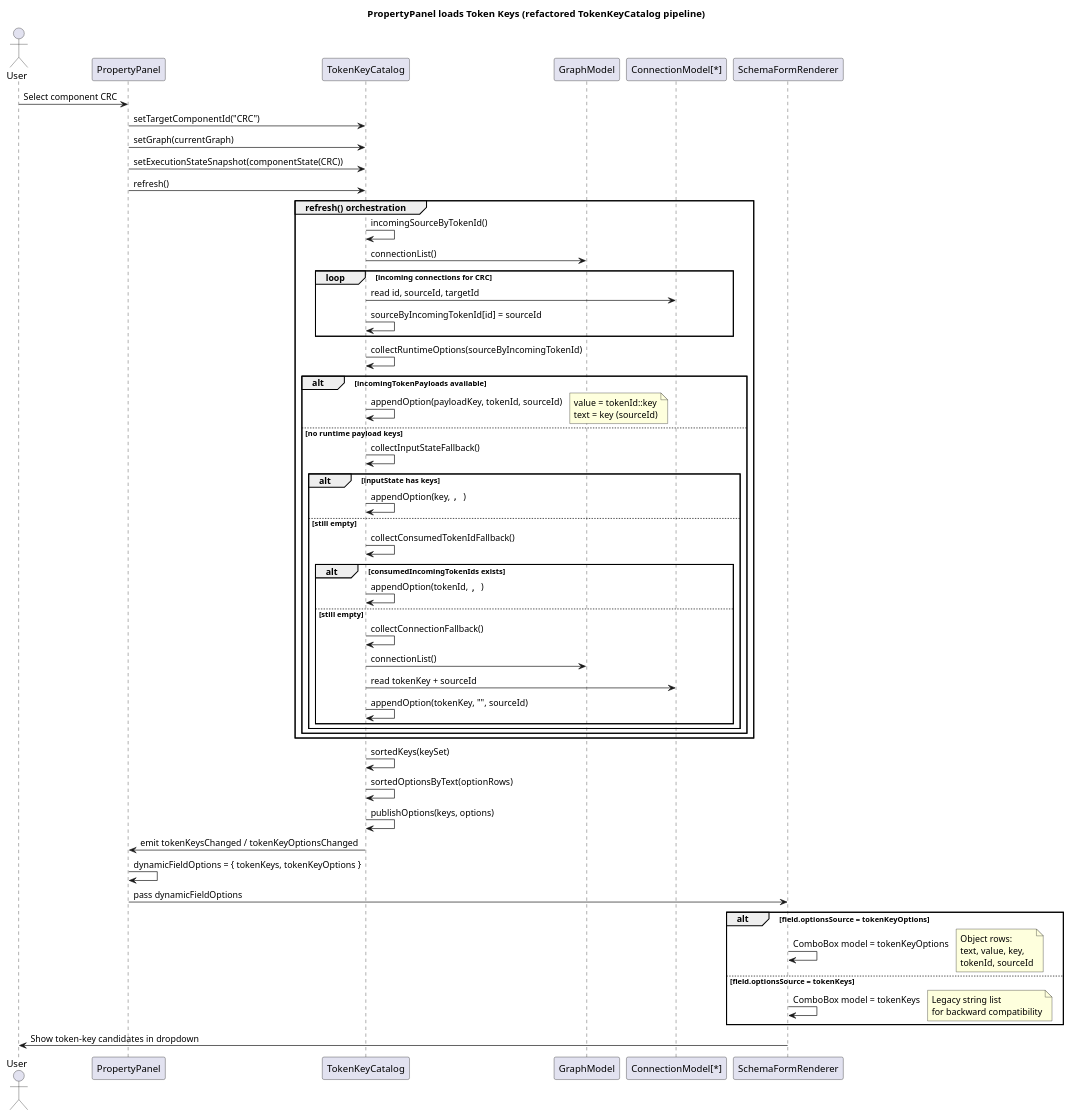
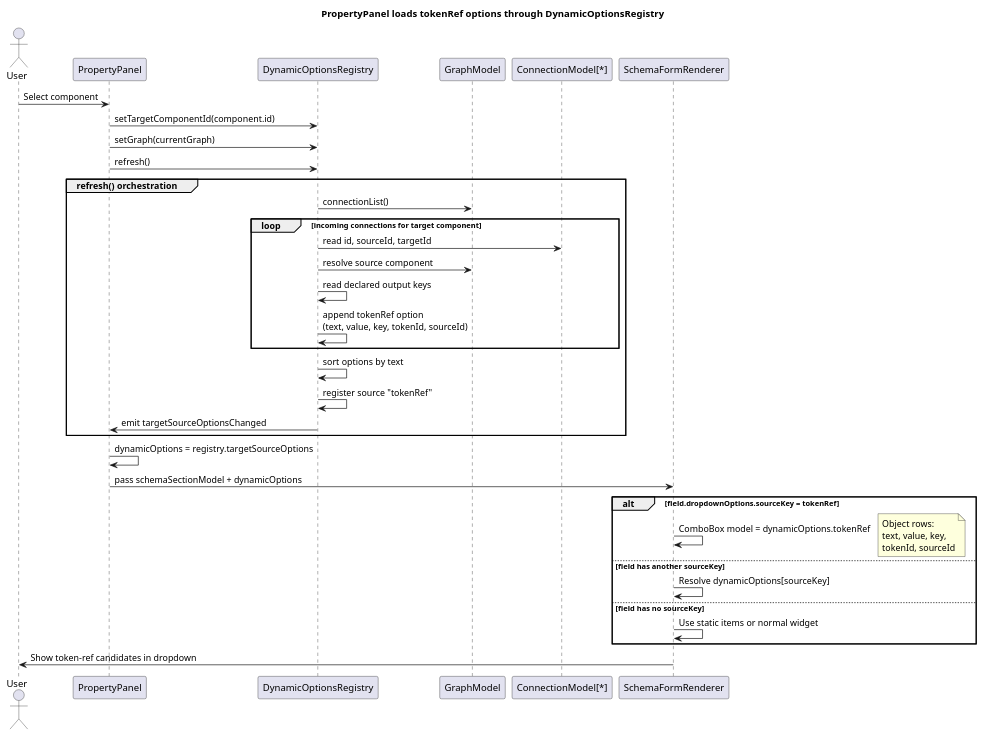
The diagram in customize_example/docs/planUML/load_token_keys_follow.puml (kimvnhung/component_map_editor), drawn with PlantUML before and after one commit. The commit also changed 17 other files, not shown here.

Commit message:
delete token key options

```diff
--- a/customize_example/docs/planUML/load_token_keys_follow.puml
+++ b/customize_example/docs/planUML/load_token_keys_follow.puml
@@ -1,74 +1,46 @@
 @startuml
-title PropertyPanel loads Token Keys (refactored TokenKeyCatalog pipeline)
+title PropertyPanel loads tokenRef options through DynamicOptionsRegistry
 
 actor User
 participant "PropertyPanel" as PP
-participant "TokenKeyCatalog" as TKC
+participant "DynamicOptionsRegistry" as DOR
 participant "GraphModel" as GM
 participant "ConnectionModel[*]" as CM
 participant "SchemaFormRenderer" as SFR
 
-User -> PP : Select component CRC
-PP -> TKC : setTargetComponentId("CRC")
-PP -> TKC : setGraph(currentGraph)
-PP -> TKC : setExecutionStateSnapshot(componentState(CRC))
-PP -> TKC : refresh()
+User -> PP : Select component
+PP -> DOR : setTargetComponentId(component.id)
+PP -> DOR : setGraph(currentGraph)
+PP -> DOR : refresh()
 
 group refresh() orchestration
-TKC -> TKC : incomingSourceByTokenId()
-TKC -> GM : connectionList()
-loop incoming connections for CRC
-TKC -> CM : read id, sourceId, targetId
-TKC -> TKC : sourceByIncomingTokenId[id] = sourceId
+DOR -> GM : connectionList()
+loop incoming connections for target component
+DOR -> CM : read id, sourceId, targetId
+DOR -> GM : resolve source component
+DOR -> DOR : read declared output keys
+DOR -> DOR : append tokenRef option\n(text, value, key, tokenId, sourceId)
+end
+DOR -> DOR : sort options by text
+DOR -> DOR : register source "tokenRef"
+DOR -> PP : emit targetSourceOptionsChanged
 end
 
-TKC -> TKC : collectRuntimeOptions(sourceByIncomingTokenId)
-alt incomingTokenPayloads available
-TKC -> TKC : appendOption(payloadKey, tokenId, sourceId)
-note right
-value = tokenId::key
-text = key (sourceId)
-end note
-else no runtime payload keys
-TKC -> TKC : collectInputStateFallback()
-alt inputState has keys
-TKC -> TKC : appendOption(key, "", "")
-else still empty
-TKC -> TKC : collectConsumedTokenIdFallback()
-alt consumedIncomingTokenIds exists
-TKC -> TKC : appendOption(tokenId, "", "")
-else still empty
-TKC -> TKC : collectConnectionFallback()
-TKC -> GM : connectionList()
-TKC -> CM : read tokenKey + sourceId
-TKC -> TKC : appendOption(tokenKey, "", sourceId)
-end
-end
-end
-end
+PP -> PP : dynamicOptions = registry.targetSourceOptions
+PP -> SFR : pass schemaSectionModel + dynamicOptions
 
-TKC -> TKC : sortedKeys(keySet)
-TKC -> TKC : sortedOptionsByText(optionRows)
-TKC -> TKC : publishOptions(keys, options)
-TKC -> PP : emit tokenKeysChanged / tokenKeyOptionsChanged
-
-PP -> PP : dynamicFieldOptions = { tokenKeys, tokenKeyOptions }
-PP -> SFR : pass dynamicFieldOptions
-
-alt field.optionsSource = tokenKeyOptions
-SFR -> SFR : ComboBox model = tokenKeyOptions
+alt field.dropdownOptions.sourceKey = tokenRef
+SFR -> SFR : ComboBox model = dynamicOptions.tokenRef
 note right
 Object rows:
 text, value, key,
 tokenId, sourceId
 end note
-else field.optionsSource = tokenKeys
-SFR -> SFR : ComboBox model = tokenKeys
-note right
-Legacy string list
-for backward compatibility
-end note
+else field has another sourceKey
+SFR -> SFR : Resolve dynamicOptions[sourceKey]
+else field has no sourceKey
+SFR -> SFR : Use static items or normal widget
 end
 
-SFR -> User : Show token-key candidates in dropdown
+SFR -> User : Show token-ref candidates in dropdown
 @enduml
```
